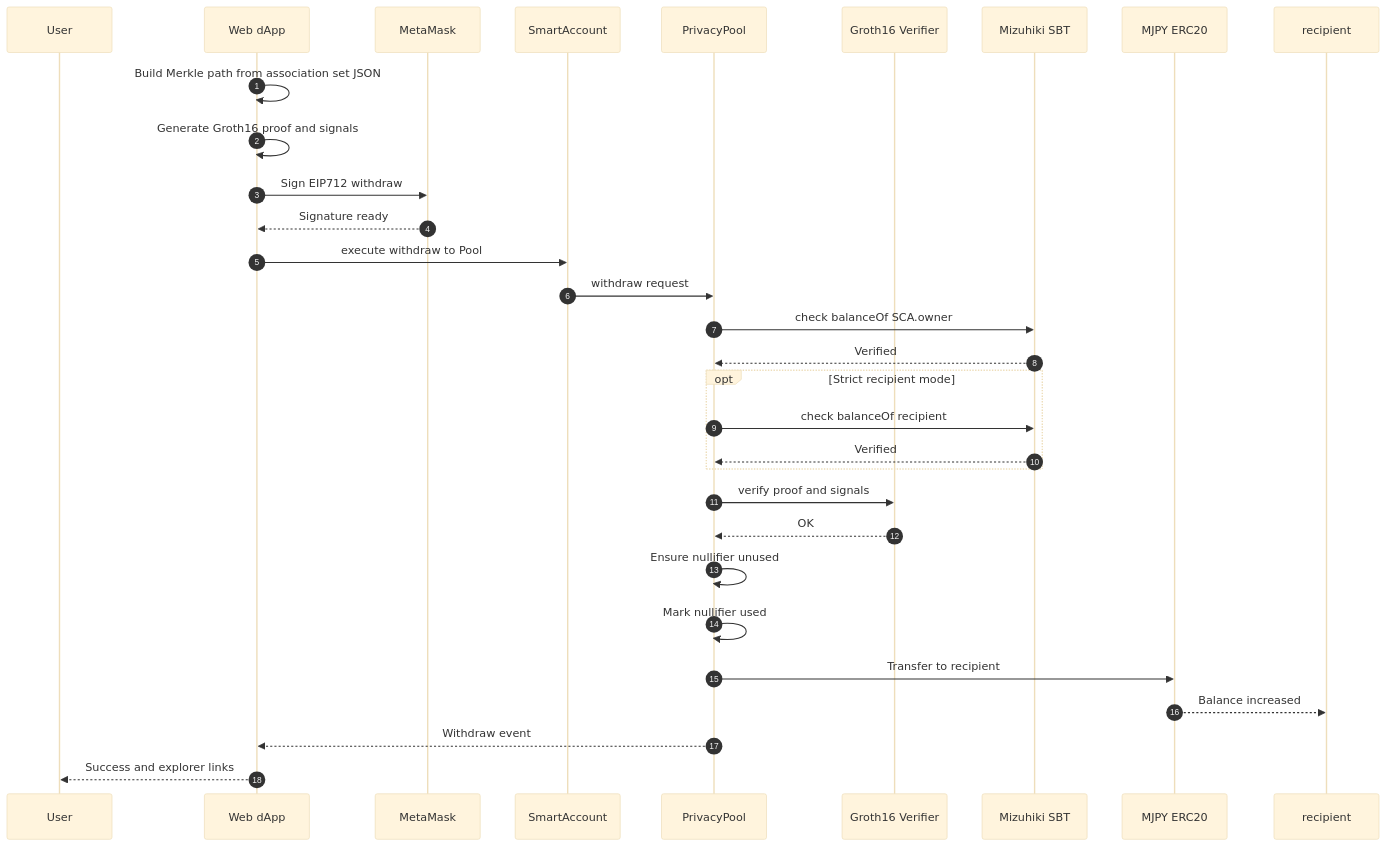
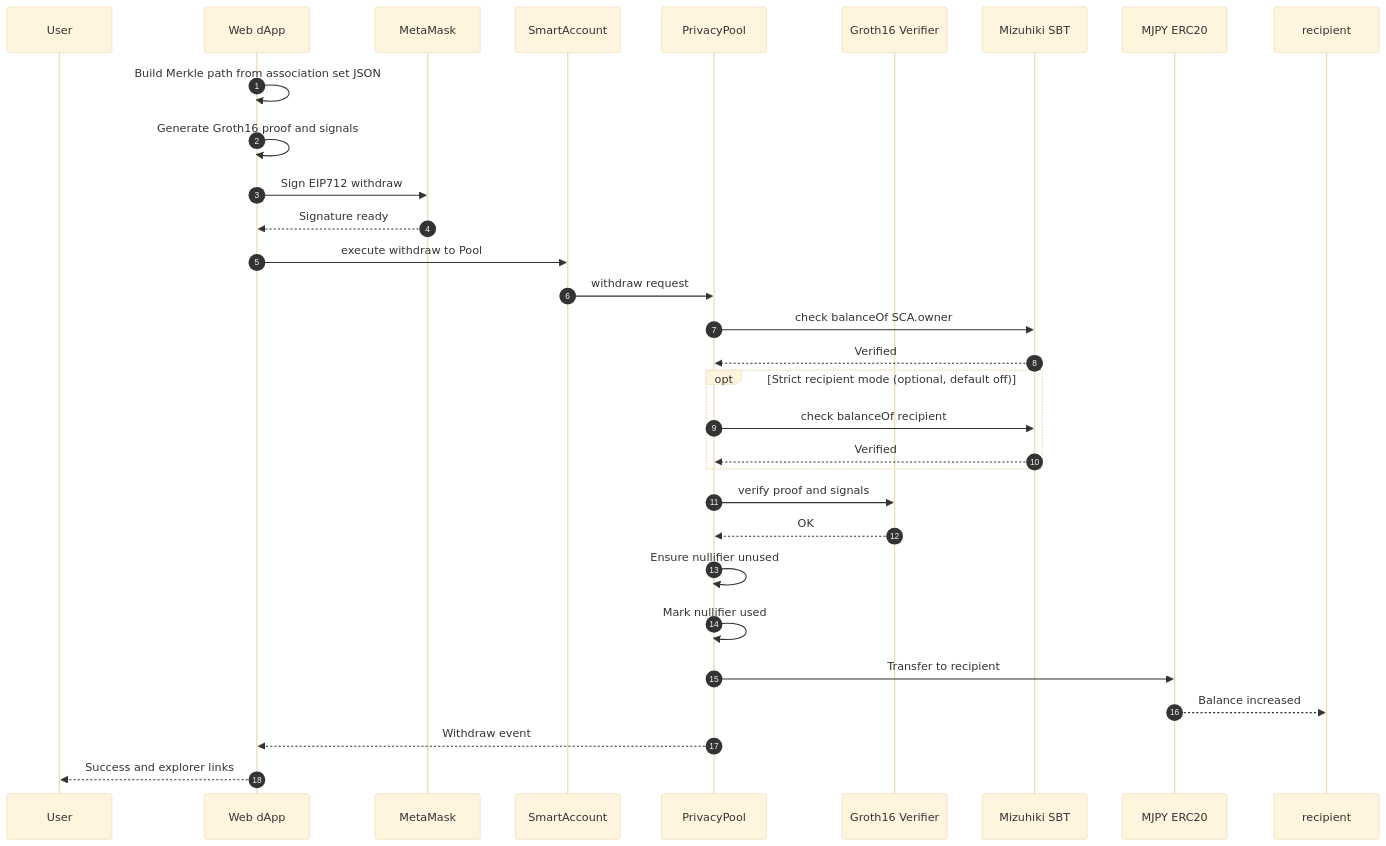
Before and after one commit to yottahmd/jsc-poc: the fourth of 4 diagrams in docs/detailed-design.md, drawn with Mermaid (base theme). The commit also changed 3 other files, not shown here.

````diff
--- a/docs/detailed-design.md
+++ b/docs/detailed-design.md
@@ -398,34 +398,34 @@
 ```mermaid
 sequenceDiagram
     autonumber
     participant U as User
     participant D as Web dApp
     participant MM as MetaMask
     participant SCA as SmartAccount
     participant Pool as PrivacyPool
     participant Verif as Groth16 Verifier
     participant SBT as Mizuhiki SBT
     participant MJPY as MJPY ERC20
 
     D->>D: Build Merkle path from association set JSON
     D->>D: Generate Groth16 proof and signals
 
     D->>MM: Sign EIP712 withdraw
     MM-->>D: Signature ready
     D->>SCA: execute withdraw to Pool
     SCA->>Pool: withdraw request
     Pool->>SBT: check balanceOf SCA.owner
     SBT-->>Pool: Verified
-    opt Strict recipient mode
+    opt Strict recipient mode (optional, default off)
         Pool->>SBT: check balanceOf recipient
         SBT-->>Pool: Verified
     end
     Pool->>Verif: verify proof and signals
     Verif-->>Pool: OK
     Pool->>Pool: Ensure nullifier unused
     Pool->>Pool: Mark nullifier used
     Pool->>MJPY: Transfer to recipient
     MJPY-->>recipient: Balance increased
     Pool-->>D: Withdraw event
     D-->>U: Success and explorer links
 ```
````
